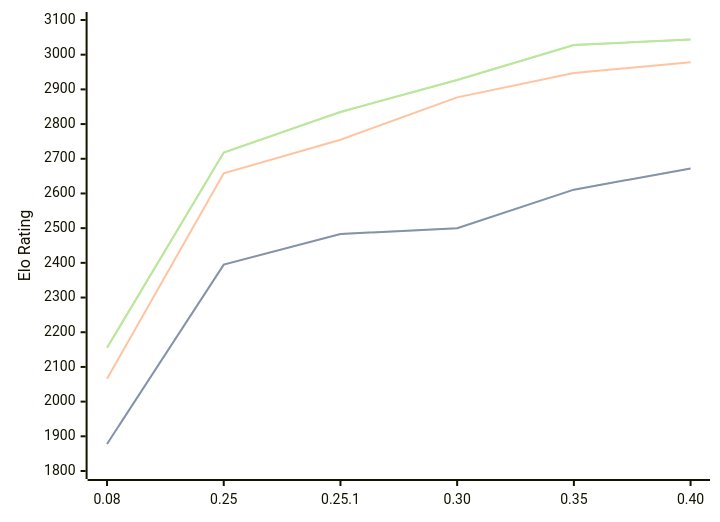
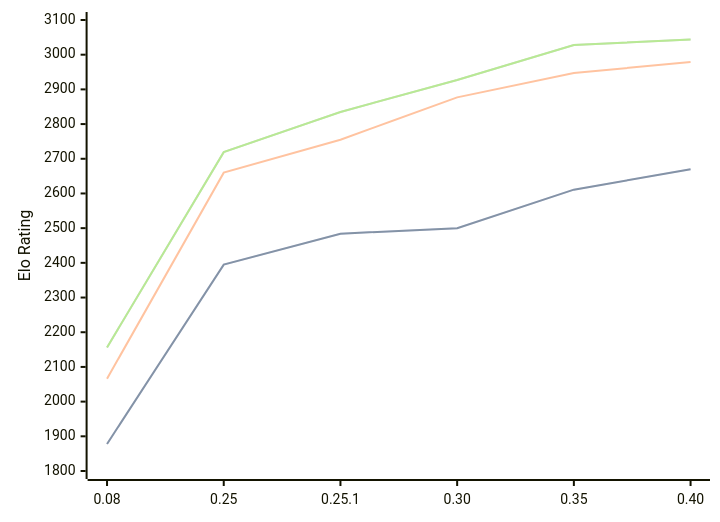
The diagram in engines/Gecko.md (computer-chess-index/cci), drawn with Mermaid before and after one commit. The commit also changed other lines of this file, not shown here.

Commit message:
Update CCI Ratings (ELO VLTC) - 2026-09-06

````diff
--- a/engines/Gecko.md
+++ b/engines/Gecko.md
@@ -36,11 +36,11 @@
 ```mermaid
 %%{init: {"theme":"base","themeVariables":{"seriesColors:['#a3a3a3','#222221','#faa371']}}}%%
 xychart-beta
   x-axis ["0.08", "0.25", "0.25.1", "0.30", "0.35", "0.40"]
   y-axis "Elo Rating" 1800 --> 3100
-  line "" [1878, 2395, 2483, 2500, 2611, 2672]
-  line "STC (8.0+0.08s)" [1878, 2395, 2483, 2500, 2611, 2672]
-  line "LTC (60.0+0.60s)" [2066, 2658, 2755, 2877, 2947, 2978]
-  line "" [2155, 2718, 2835, 2927, 3028, 3044]
-  line "VLTC (2m24s+1.12s)" [2155, 2718, 2835, 2927, 3028, 3044]
+  line "" [1878, 2395, 2484, 2500, 2611, 2670]
+  line "STC (8.0+0.08s)" [1878, 2395, 2484, 2500, 2611, 2670]
+  line "LTC (60.0+0.60s)" [2066, 2660, 2755, 2877, 2947, 2979]
+  line "" [2156, 2719, 2835, 2927, 3028, 3044]
+  line "VLTC (2m24s+1.12s)" [2156, 2719, 2835, 2927, 3028, 3044]
 ```
````
